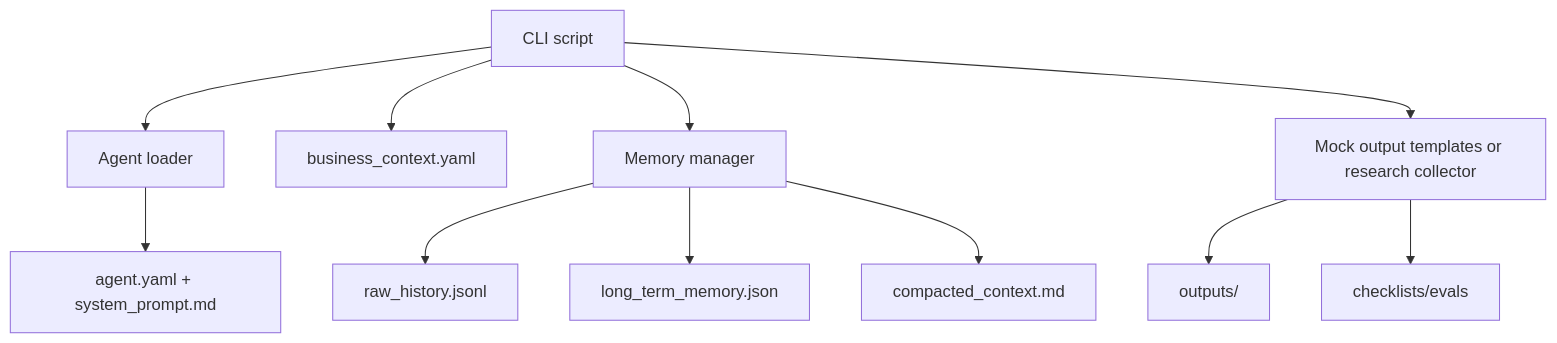
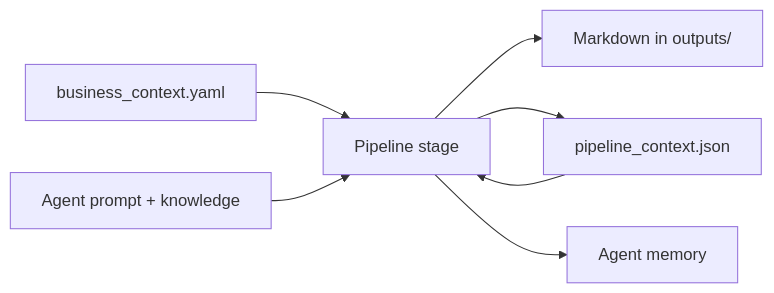
One commit to cemalkarabulakli/agent_dev_boilerplate changed the diagram in README.md. Above: the diagram before and after it, drawn with Mermaid. The commit also changed other lines of this file and 26 other files, not shown here.

````diff
--- a/README.md
+++ b/README.md
@@ -305,13 +190,9 @@
 ```mermaid
-flowchart TD
-  A["CLI script"] --> B["Agent loader"]
-  B --> C["agent.yaml + system_prompt.md"]
-  A --> D["business_context.yaml"]
-  A --> E["Memory manager"]
-  A --> F["Mock output templates or research collector"]
-  F --> G["outputs/"]
-  E --> H["raw_history.jsonl"]
-  E --> I["long_term_memory.json"]
-  E --> J["compacted_context.md"]
-  F --> K["checklists/evals"]
+flowchart LR
+  A["business_context.yaml"] --> B["Pipeline stage"]
+  C["pipeline_context.json"] --> B
+  D["Agent prompt + knowledge"] --> B
+  B --> E["Markdown in outputs/"]
+  B --> C
+  B --> F["Agent memory"]
 ```
````
